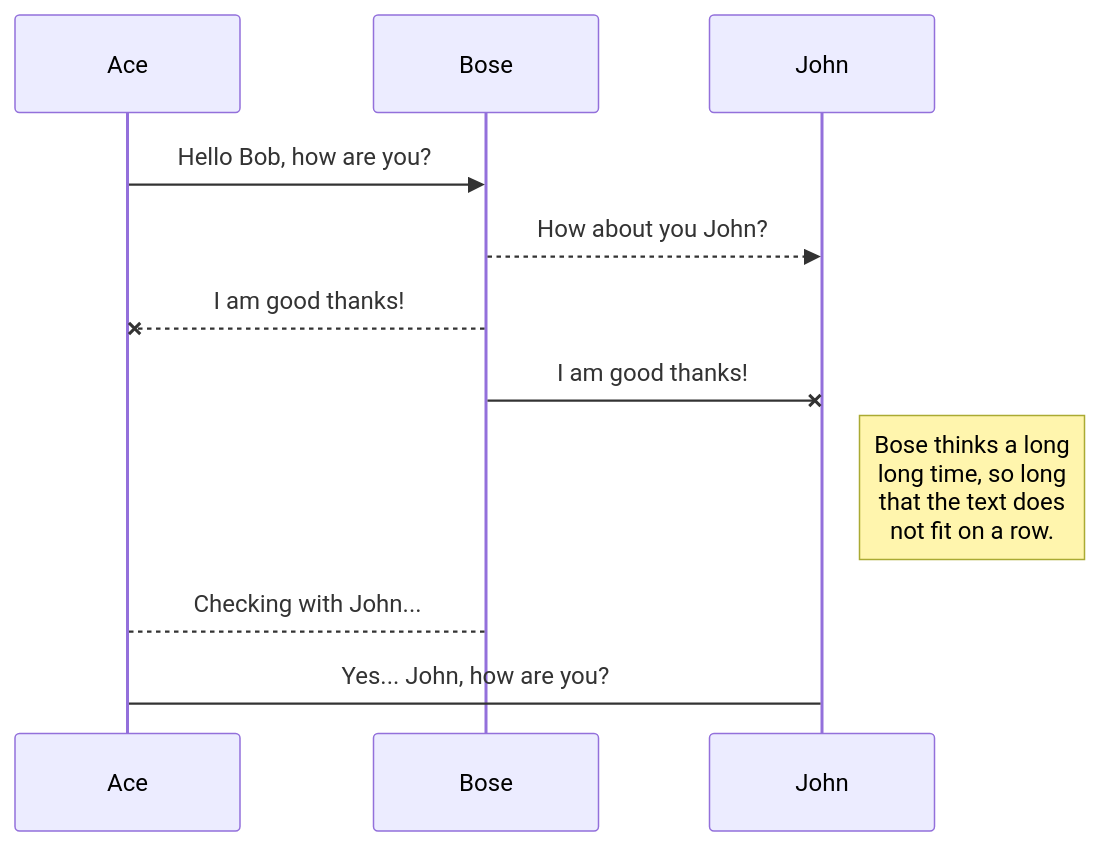
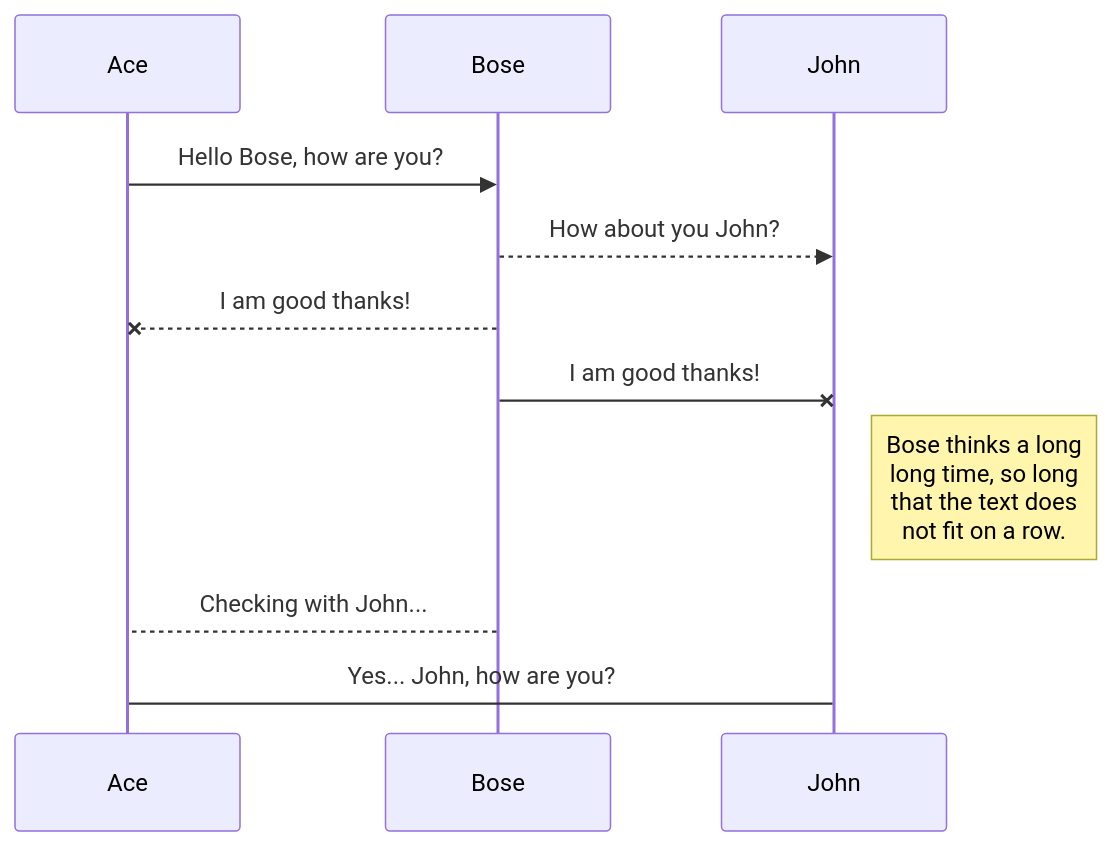
One commit to drshahizan/obsidian changed the first of 2 diagrams in exercise/akmal/exercise1.md. Above: the diagram before and after it, drawn with Mermaid.

````diff
--- a/exercise/akmal/exercise1.md
+++ b/exercise/akmal/exercise1.md
@@ -34,11 +34,11 @@
 ```mermaid
 sequenceDiagram
-Ace ->> Bose: Hello Bob, how are you?
+Ace ->> Bose: Hello Bose, how are you?
 Bose-->>John: How about you John?
 Bose--x Ace: I am good thanks!
 Bose-x John: I am good thanks!
 Note right of John: Bose thinks a long<br/>long time, so long<br/>that the text does<br/>not fit on a row.
 
 Bose-->Ace: Checking with John...
 Ace->John: Yes... John, how are you?
 ```
````
